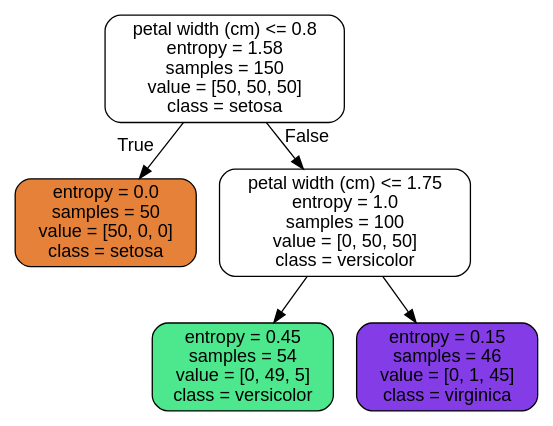
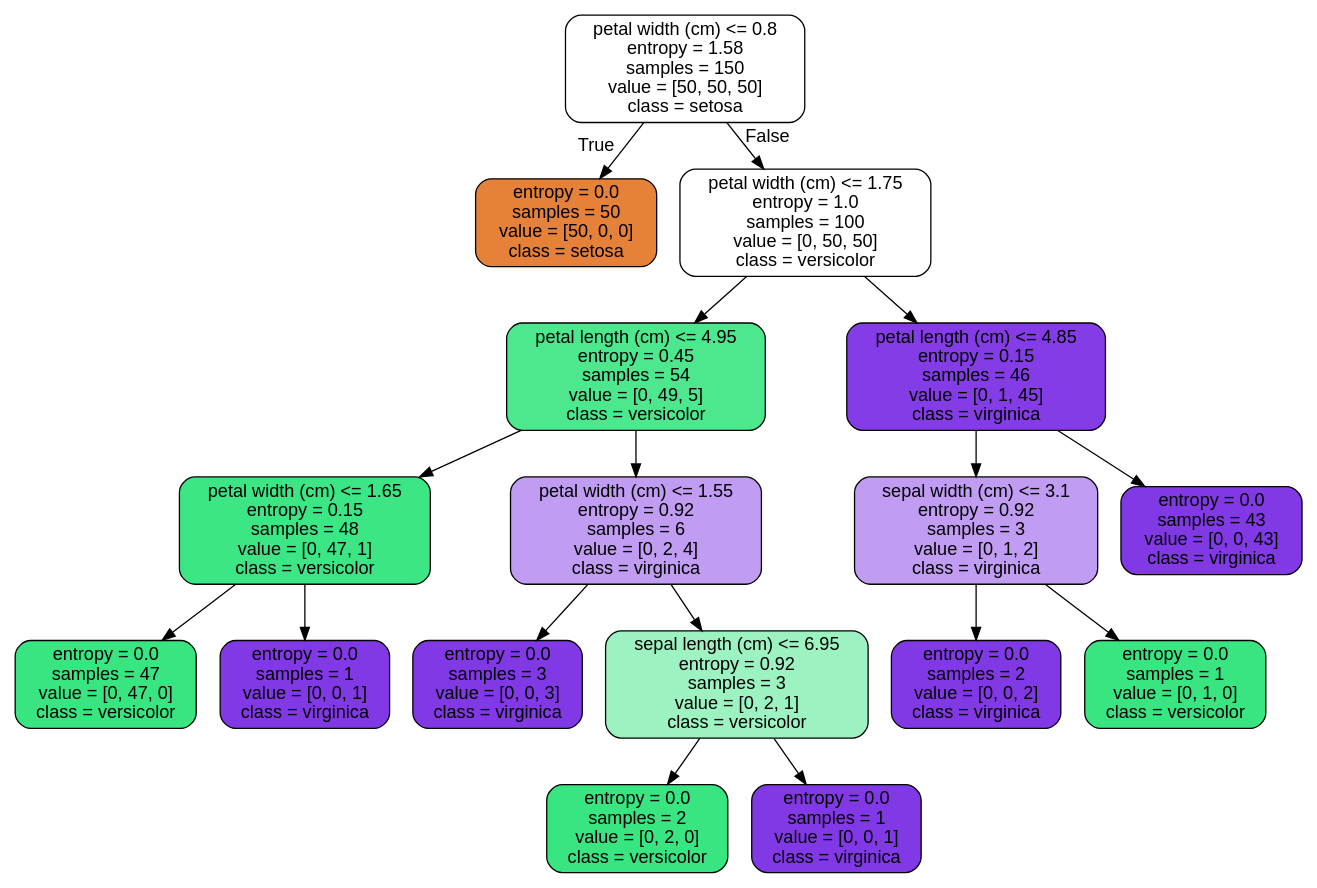
The diagram in 07-KNN, DT, Bayes/tree.dot (samstikhin/mlmathmech), drawn with Graphviz before and after one commit. The commit also changed 4 other files, not shown here.

```diff
--- a/07-KNN, DT, Bayes/tree.dot
+++ b/07-KNN, DT, Bayes/tree.dot
@@ -1,13 +1,37 @@
 digraph Tree {
 node [shape=box, style="filled, rounded", color="black", fontname=helvetica] ;
 edge [fontname=helvetica] ;
 0 [label="petal width (cm) <= 0.8\nentropy = 1.58\nsamples = 150\nvalue = [50, 50, 50]\nclass = setosa", fillcolor="#ffffff"] ;
 1 [label="entropy = 0.0\nsamples = 50\nvalue = [50, 0, 0]\nclass = setosa", fillcolor="#e58139"] ;
 0 -> 1 [labeldistance=2.5, labelangle=45, headlabel="True"] ;
 2 [label="petal width (cm) <= 1.75\nentropy = 1.0\nsamples = 100\nvalue = [0, 50, 50]\nclass = versicolor", fillcolor="#ffffff"] ;
 0 -> 2 [labeldistance=2.5, labelangle=-45, headlabel="False"] ;
-3 [label="entropy = 0.45\nsamples = 54\nvalue = [0, 49, 5]\nclass = versicolor", fillcolor="#4de88e"] ;
+3 [label="petal length (cm) <= 4.95\nentropy = 0.45\nsamples = 54\nvalue = [0, 49, 5]\nclass = versicolor", fillcolor="#4de88e"] ;
 2 -> 3 ;
-4 [label="entropy = 0.15\nsamples = 46\nvalue = [0, 1, 45]\nclass = virginica", fillcolor="#843de6"] ;
-2 -> 4 ;
+4 [label="petal width (cm) <= 1.65\nentropy = 0.15\nsamples = 48\nvalue = [0, 47, 1]\nclass = versicolor", fillcolor="#3de684"] ;
+3 -> 4 ;
+5 [label="entropy = 0.0\nsamples = 47\nvalue = [0, 47, 0]\nclass = versicolor", fillcolor="#39e581"] ;
+4 -> 5 ;
+6 [label="entropy = 0.0\nsamples = 1\nvalue = [0, 0, 1]\nclass = virginica", fillcolor="#8139e5"] ;
+4 -> 6 ;
+7 [label="petal width (cm) <= 1.55\nentropy = 0.92\nsamples = 6\nvalue = [0, 2, 4]\nclass = virginica", fillcolor="#c09cf2"] ;
+3 -> 7 ;
+8 [label="entropy = 0.0\nsamples = 3\nvalue = [0, 0, 3]\nclass = virginica", fillcolor="#8139e5"] ;
+7 -> 8 ;
+9 [label="sepal length (cm) <= 6.95\nentropy = 0.92\nsamples = 3\nvalue = [0, 2, 1]\nclass = versicolor", fillcolor="#9cf2c0"] ;
+7 -> 9 ;
+10 [label="entropy = 0.0\nsamples = 2\nvalue = [0, 2, 0]\nclass = versicolor", fillcolor="#39e581"] ;
+9 -> 10 ;
+11 [label="entropy = 0.0\nsamples = 1\nvalue = [0, 0, 1]\nclass = virginica", fillcolor="#8139e5"] ;
+9 -> 11 ;
+12 [label="petal length (cm) <= 4.85\nentropy = 0.15\nsamples = 46\nvalue = [0, 1, 45]\nclass = virginica", fillcolor="#843de6"] ;
+2 -> 12 ;
+13 [label="sepal width (cm) <= 3.1\nentropy = 0.92\nsamples = 3\nvalue = [0, 1, 2]\nclass = virginica", fillcolor="#c09cf2"] ;
+12 -> 13 ;
+14 [label="entropy = 0.0\nsamples = 2\nvalue = [0, 0, 2]\nclass = virginica", fillcolor="#8139e5"] ;
+13 -> 14 ;
+15 [label="entropy = 0.0\nsamples = 1\nvalue = [0, 1, 0]\nclass = versicolor", fillcolor="#39e581"] ;
+13 -> 15 ;
+16 [label="entropy = 0.0\nsamples = 43\nvalue = [0, 0, 43]\nclass = virginica", fillcolor="#8139e5"] ;
+12 -> 16 ;
 }
```
